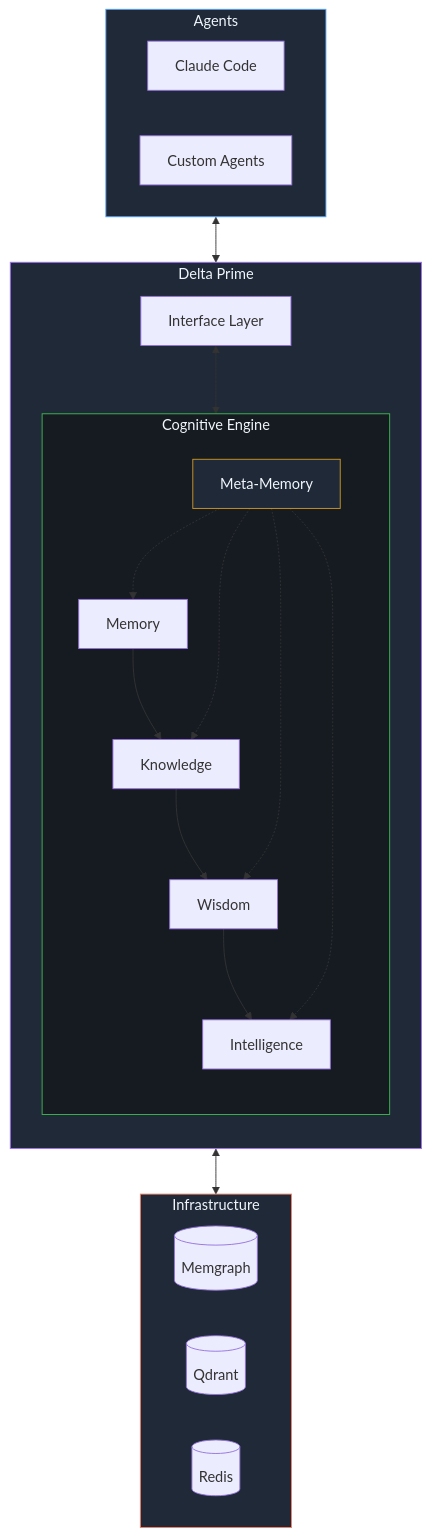
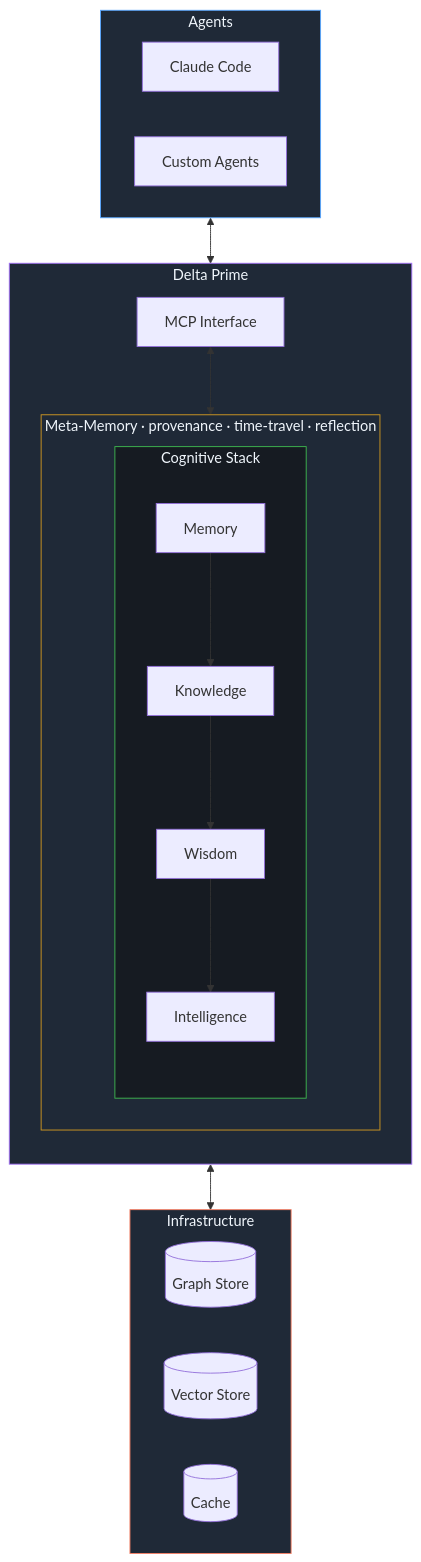
The sixth of 6 diagrams in profile/README.md (delta-prime/.github), drawn with Mermaid before and after one commit.

Commit message:
docs: improve system architecture diagram layout

````diff
--- a/profile/README.md
+++ b/profile/README.md
@@ -153,46 +153,44 @@
 ```mermaid
 flowchart TB
     subgraph AGENTS["Agents"]
         A1[Claude Code]
         A2[Custom Agents]
     end
 
     subgraph DELTA["Delta Prime"]
         direction TB
-        subgraph COGNITIVE["Cognitive Engine"]
-            direction TB
-            MEM[Memory]
-            KNOW[Knowledge]
-            WIS[Wisdom]
-            INTEL[Intelligence]
-            META[Meta-Memory]
-            
-            MEM --> KNOW
-            KNOW --> WIS
-            WIS --> INTEL
-            META -.-> MEM
-            META -.-> KNOW
-            META -.-> WIS
-            META -.-> INTEL
+        
+        subgraph META["Meta-Memory · provenance · time-travel · reflection"]
+            subgraph COGNITIVE["Cognitive Stack"]
+                direction TB
+                MEM[Memory]
+                KNOW[Knowledge]
+                WIS[Wisdom]
+                INTEL[Intelligence]
+                
+                MEM --> KNOW
+                KNOW --> WIS
+                WIS --> INTEL
+            end
         end
         
-        API[Interface Layer]
+        API[MCP Interface]
     end
 
     subgraph INFRA["Infrastructure"]
         direction LR
-        MG[(Memgraph)]
-        QD[(Qdrant)]
-        RD[(Redis)]
+        GR[(Graph Store)]
+        VE[(Vector Store)]
+        CA[(Cache)]
     end
 
     AGENTS <--> API
-    API <--> COGNITIVE
-    COGNITIVE <--> INFRA
+    API <--> META
+    META <--> INFRA
     
     style AGENTS fill:#1f2937,stroke:#58a6ff,color:#f0f6fc
     style DELTA fill:#1f2937,stroke:#a371f7,color:#f0f6fc
+    style META fill:#1f2937,stroke:#d29922,color:#f0f6fc
     style COGNITIVE fill:#161b22,stroke:#3fb950,color:#f0f6fc
     style INFRA fill:#1f2937,stroke:#f78166,color:#f0f6fc
-    style META fill:#1f2937,stroke:#d29922,color:#f0f6fc
 ```
````
